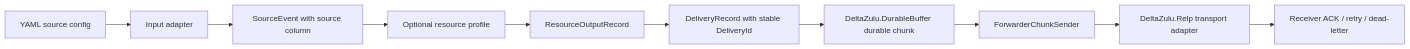
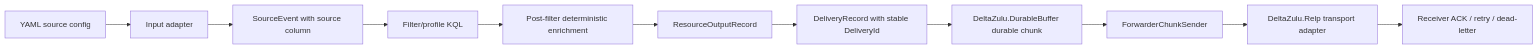
One commit to DeltaZulu-OU/DeltaZulu.Agent changed the second of 2 diagrams in docs/ARCHITECTURE.md. Above: the diagram before and after it, drawn with Mermaid. The commit also changed other lines of this file and 36 other files, not shown here.

````diff
--- a/docs/ARCHITECTURE.md
+++ b/docs/ARCHITECTURE.md
@@ -62,12 +63,13 @@
 ```mermaid
 flowchart LR
     A[YAML source config] --> B[Input adapter]
     B --> C[SourceEvent with source column]
-    C --> D[Optional resource profile]
-    D --> E[ResourceOutputRecord]
-    E --> F[DeliveryRecord with stable DeliveryId]
-    F --> G[DeltaZulu.DurableBuffer durable chunk]
-    G --> H[ForwarderChunkSender]
-    H --> I[DeltaZulu.Relp transport adapter]
-    I --> J[Receiver ACK / retry / dead-letter]
+    C --> D[Filter/profile KQL]
+    D --> E[Post-filter deterministic enrichment]
+    E --> F[ResourceOutputRecord]
+    F --> G[DeliveryRecord with stable DeliveryId]
+    G --> H[DeltaZulu.DurableBuffer durable chunk]
+    H --> I[ForwarderChunkSender]
+    I --> J[DeltaZulu.Relp transport adapter]
+    J --> K[Receiver ACK / retry / dead-letter]
 ```
````
